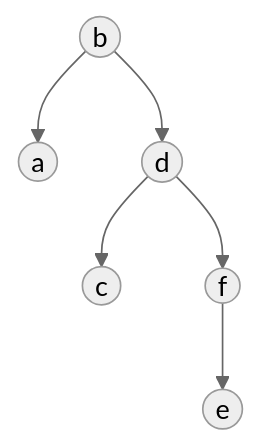
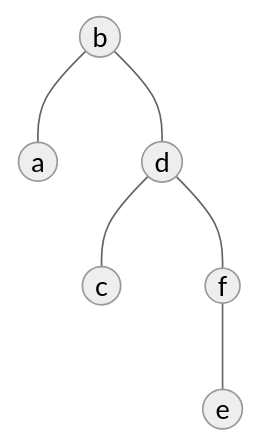
The sixth of 26 diagrams in docs/10.软考/10.软件设计师/10.数据结构与算法/15.树.md (mujin-lin/mujin-blog), drawn with Mermaid (neutral theme) before and after one commit. The commit also changed other lines of this file and 2 other files, not shown here.

Commit message:
整理树的文章，增加图的文章内容

````diff
--- a/docs/10.软考/10.软件设计师/10.数据结构与算法/15.树.md
+++ b/docs/10.软考/10.软件设计师/10.数据结构与算法/15.树.md
@@ -279,8 +279,8 @@
    ```mermaid
    graph TD
-       b((b)) --> a((a))
-       b((b)) --> d((d))
-       d((d)) --> c((c))
-       d((d)) --> f((f))
-       f((f)) --> e((e))
+       b((b)) --- a((a))
+       b((b)) --- d((d))
+       d((d)) --- c((c))
+       d((d)) --- f((f))
+       f((f)) --- e((e))
    ```
````
